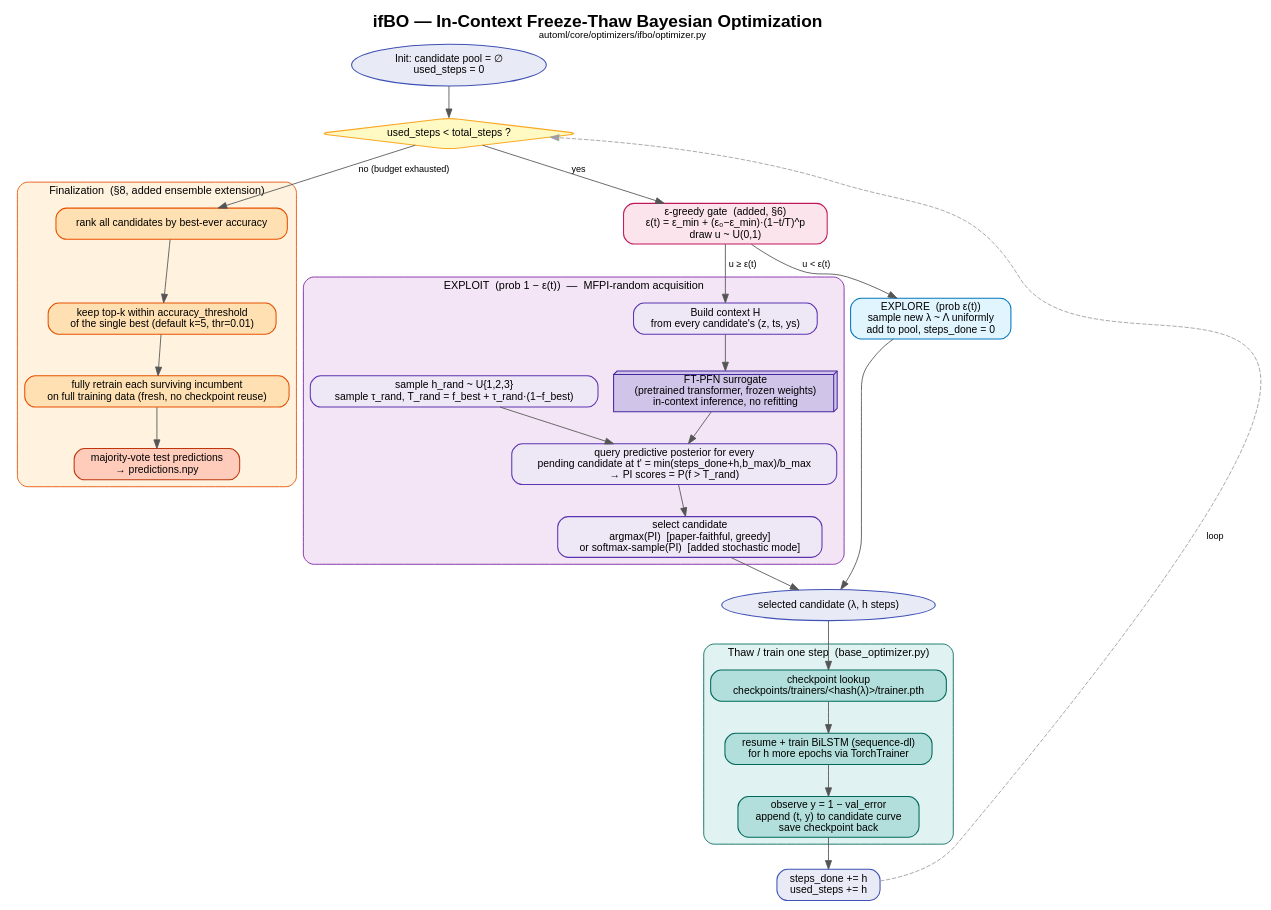
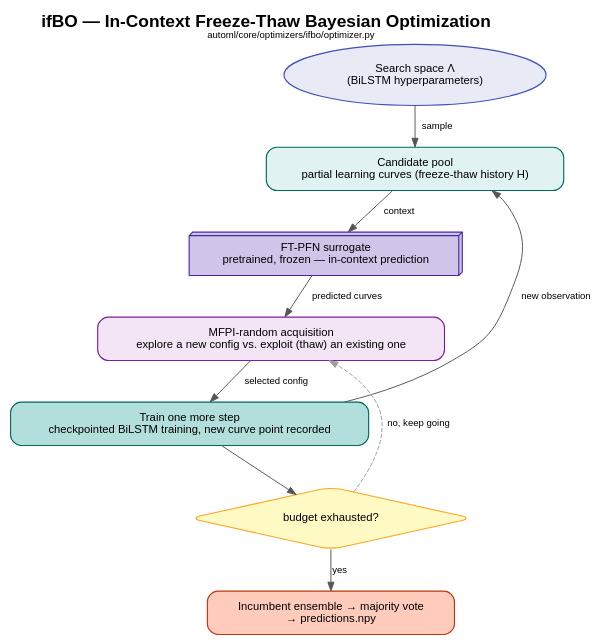
One commit to yahyafati/automl-textual-project-mirror changed the diagram in docs/ifbo_diagram.dot. Above: the diagram before and after it, drawn with Graphviz. The commit also changed 2 other files, not shown here.

Commit message:
Simplify ifBO diagram to a high-level system view
Replace the detailed step-by-step flowchart with a 7-node loop
(search space -> candidate pool -> FT-PFN surrogate -> MFPI-random
acquisition -> train step -> budget check -> ensemble/predictions)
that's easier to read at a glance.

```diff
--- a/docs/ifbo_diagram.dot
+++ b/docs/ifbo_diagram.dot
@@ -1,86 +1,28 @@
 digraph ifBO {
     rankdir=TB;
     fontname="Helvetica";
     labelloc="t";
     label=<<b>ifBO — In-Context Freeze-Thaw Bayesian Optimization</b><br/><font point-size="11">automl/core/optimizers/ifbo/optimizer.py</font>>;
     fontsize=20;
     bgcolor="white";
-    newrank=true;
-    node [fontname="Helvetica", fontsize=12, style="filled,rounded", shape=box, penwidth=1.2];
-    edge [fontname="Helvetica", fontsize=10.5, color="#555555"];
+    node [fontname="Helvetica", fontsize=13, style="filled,rounded", shape=box, penwidth=1.3, margin="0.25,0.15"];
+    edge [fontname="Helvetica", fontsize=11, color="#555555", penwidth=1.1];
 
-    start [label="Init: candidate pool = ∅\nused_steps = 0", shape=oval, fillcolor="#E8EAF6", color="#3F51B5"];
-    budget_check [label="used_steps < total_steps ?", shape=diamond, fillcolor="#FFF9C4", color="#F9A825"];
-    epsilon_gate [label="ε-greedy gate  (added, §6)\nε(t) = ε_min + (ε₀−ε_min)·(1−t/T)^p\ndraw u ~ U(0,1)", fillcolor="#FCE4EC", color="#C2185B"];
+    space [label="Search space Λ\n(BiLSTM hyperparameters)", shape=oval, fillcolor="#E8EAF6", color="#3F51B5"];
+    pool [label="Candidate pool\npartial learning curves (freeze-thaw history H)", fillcolor="#E0F2F1", color="#00695C"];
+    surrogate [label="FT-PFN surrogate\npretrained, frozen — in-context prediction", fillcolor="#D1C4E9", color="#4527A0", shape=box3d];
+    acquisition [label="MFPI-random acquisition\nexplore a new config vs. exploit (thaw) an existing one", fillcolor="#F3E5F5", color="#7B1FA2"];
+    train [label="Train one more step\ncheckpointed BiLSTM training, new curve point recorded", fillcolor="#B2DFDB", color="#00695C"];
+    budget_check [label="budget exhausted?", shape=diamond, fillcolor="#FFF9C4", color="#F9A825"];
+    output [label="Incumbent ensemble → majority vote\n→ predictions.npy", fillcolor="#FFCCBC", color="#BF360C"];
 
-    explore [label="EXPLORE  (prob ε(t))\nsample new λ ~ Λ uniformly\nadd to pool, steps_done = 0", fillcolor="#E1F5FE", color="#0277BD"];
-
-    subgraph cluster_acquisition {
-        label="EXPLOIT  (prob 1 − ε(t))  —  MFPI-random acquisition";
-        style="rounded,filled";
-        fillcolor="#F3E5F5";
-        color="#7B1FA2";
-        fontsize=12.5;
-
-        build_context [label="Build context H\nfrom every candidate's (z, ts, ys)", fillcolor="#EDE7F6", color="#5E35B1"];
-        ftpfn [label="FT-PFN surrogate\n(pretrained transformer, frozen weights)\nin-context inference, no refitting", fillcolor="#D1C4E9", color="#4527A0", shape=box3d];
-        sample_ht [label="sample h_rand ~ U{1,2,3}\nsample τ_rand, T_rand = f_best + τ_rand·(1−f_best)", fillcolor="#EDE7F6", color="#5E35B1"];
-        pi_scores [label="query predictive posterior for every\npending candidate at t' = min(steps_done+h,b_max)/b_max\n→ PI scores = P(f > T_rand)", fillcolor="#EDE7F6", color="#5E35B1"];
-        select_mode [label="select candidate\nargmax(PI)  [paper-faithful, greedy]\nor softmax-sample(PI)  [added stochastic mode]", fillcolor="#EDE7F6", color="#5E35B1"];
-
-        { rank=same; ftpfn; sample_ht; }
-        build_context -> ftpfn;
-        ftpfn -> pi_scores;
-        sample_ht -> pi_scores;
-        pi_scores -> select_mode;
-    }
-
-    merge [label="selected candidate (λ, h steps)", shape=oval, fillcolor="#E8EAF6", color="#3F51B5"];
-
-    subgraph cluster_thaw {
-        label="Thaw / train one step  (base_optimizer.py)";
-        style="rounded,filled";
-        fillcolor="#E0F2F1";
-        color="#00695C";
-        fontsize=12.5;
-
-        checkpoint [label="checkpoint lookup\ncheckpoints/trainers/<hash(λ)>/trainer.pth", fillcolor="#B2DFDB", color="#00695C"];
-        train [label="resume + train BiLSTM (sequence-dl)\nfor h more epochs via TorchTrainer", fillcolor="#B2DFDB", color="#00695C"];
-        observe [label="observe y = 1 − val_error\nappend (t, y) to candidate curve\nsave checkpoint back", fillcolor="#B2DFDB", color="#00695C"];
-
-        checkpoint -> train -> observe;
-    }
-
-    increment [label="steps_done += h\nused_steps += h", fillcolor="#E8EAF6", color="#3F51B5"];
-
-    subgraph cluster_finalize {
-        label="Finalization  (§8, added ensemble extension)";
-        style="rounded,filled";
-        fillcolor="#FFF3E0";
-        color="#E65100";
-        fontsize=12.5;
-
-        rank [label="rank all candidates by best-ever accuracy", fillcolor="#FFE0B2", color="#E65100"];
-        topk [label="keep top-k within accuracy_threshold\nof the single best (default k=5, thr=0.01)", fillcolor="#FFE0B2", color="#E65100"];
-        retrain [label="fully retrain each surviving incumbent\non full training data (fresh, no checkpoint reuse)", fillcolor="#FFE0B2", color="#E65100"];
-        vote [label="majority-vote test predictions\n→ predictions.npy", fillcolor="#FFCCBC", color="#BF360C"];
-
-        rank -> topk -> retrain -> vote;
-    }
-
-    { rank=same; explore; build_context; }
-
-    start -> budget_check;
-    budget_check -> epsilon_gate [label="yes"];
-    budget_check -> rank [label="no (budget exhausted)"];
-
-    epsilon_gate -> explore [label="u < ε(t)"];
-    epsilon_gate -> build_context [label="u ≥ ε(t)"];
-
-    explore -> merge;
-    select_mode -> merge;
-
-    merge -> checkpoint;
-    observe -> increment;
-    increment -> budget_check [label="loop", constraint=false, style=dashed, color="#9E9E9E"];
+    space -> pool [label="  sample"];
+    pool -> surrogate [label="  context"];
+    surrogate -> acquisition [label="  predicted curves"];
+    acquisition -> train [label="  selected config"];
+    train -> pool [label="  new observation", constraint=false];
+    pool -> budget_check [style=invis];
+    train -> budget_check [label="  "];
+    budget_check -> acquisition [label="no, keep going", constraint=false, style=dashed, color="#9E9E9E"];
+    budget_check -> output [label="yes"];
 }
```
